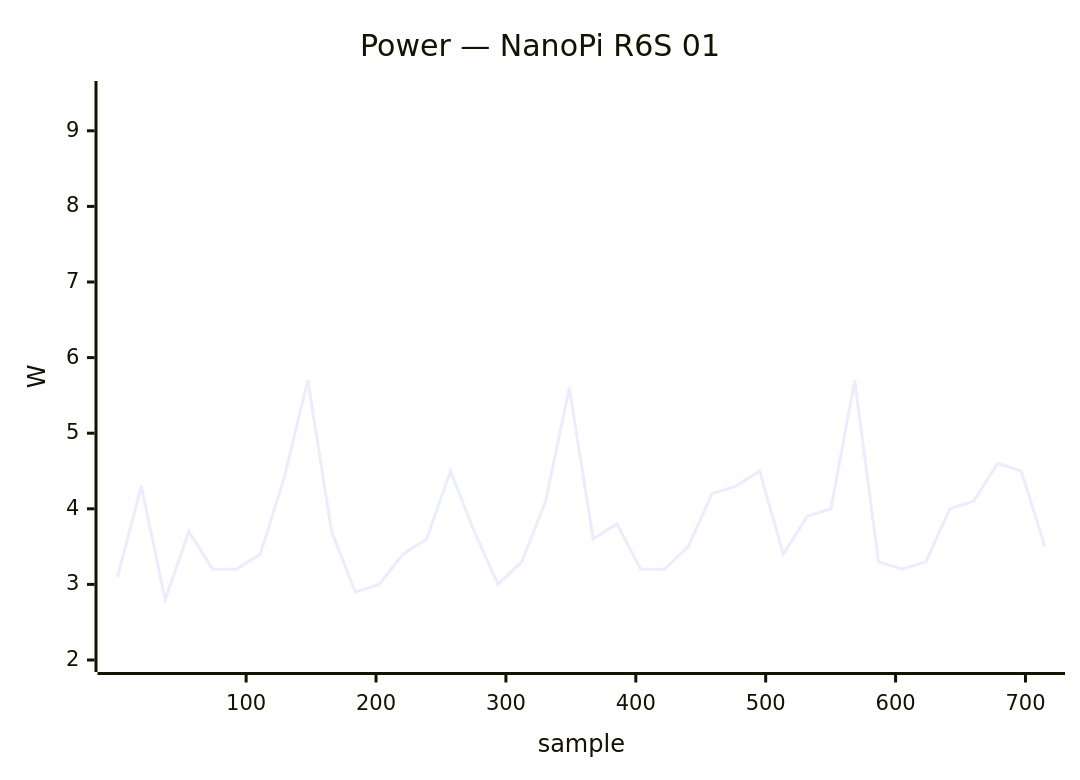
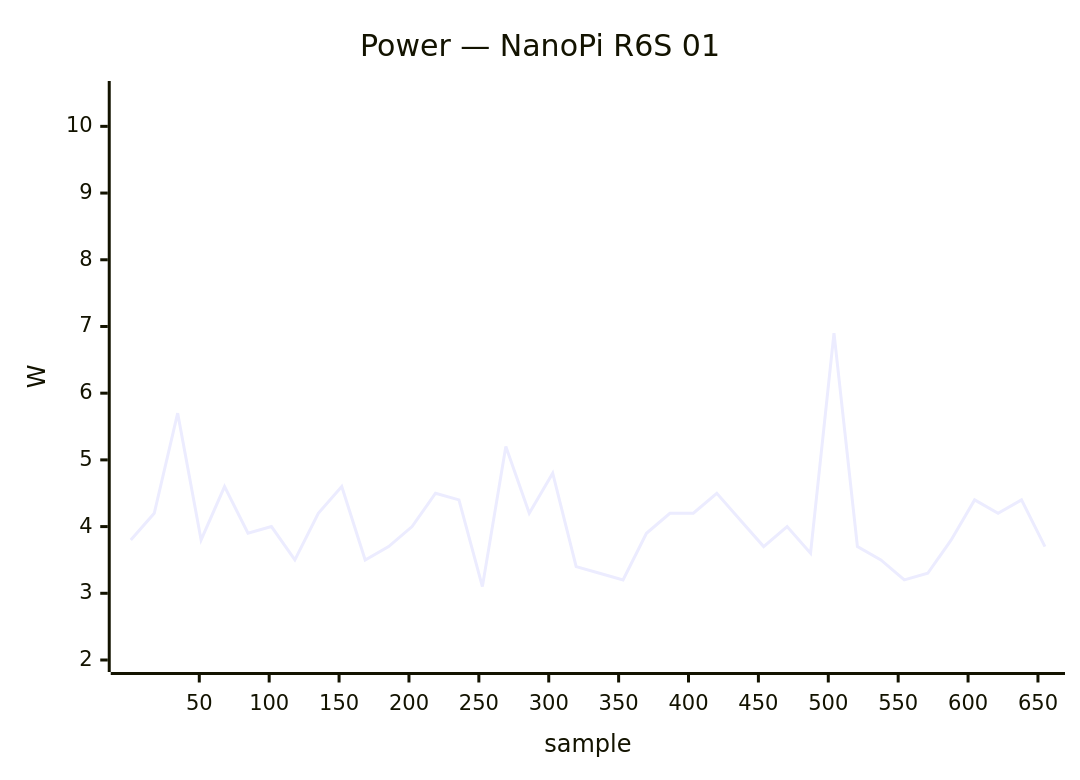
Diagram 22 of 48 in docs/status/board-tests.md (armbian/documentation), drawn with Mermaid before and after one commit. The commit also changed other lines of this file, not shown here.

````diff
--- a/docs/status/board-tests.md
+++ b/docs/status/board-tests.md
@@ -833,7 +1055,7 @@
 ```mermaid
 xychart-beta
     title "Power — NanoPi R6S 01"
-    x-axis "sample" 1 --> 715
-    y-axis "W" 2.0 --> 9.5
-    line [3.1, 4.3, 2.8, 3.7, 3.2, 3.2, 3.4, 4.4, 5.7, 3.7, 2.9, 3.0, 3.4, 3.6, 4.5, 3.7, 3.0, 3.3, 4.1, 5.6, 3.6, 3.8, 3.2, 3.2, 3.5, 4.2, 4.3, 4.5, 3.4, 3.9, 4.0, 5.7, 3.3, 3.2, 3.3, 4.0, 4.1, 4.6, 4.5, 3.5]
+    x-axis "sample" 1 --> 655
+    y-axis "W" 2.0 --> 10.5
+    line [3.8, 4.2, 5.7, 3.8, 4.6, 3.9, 4.0, 3.5, 4.2, 4.6, 3.5, 3.7, 4.0, 4.5, 4.4, 3.1, 5.2, 4.2, 4.8, 3.4, 3.3, 3.2, 3.9, 4.2, 4.2, 4.5, 4.1, 3.7, 4.0, 3.6, 6.9, 3.7, 3.5, 3.2, 3.3, 3.8, 4.4, 4.2, 4.4, 3.7]
 ```
````
